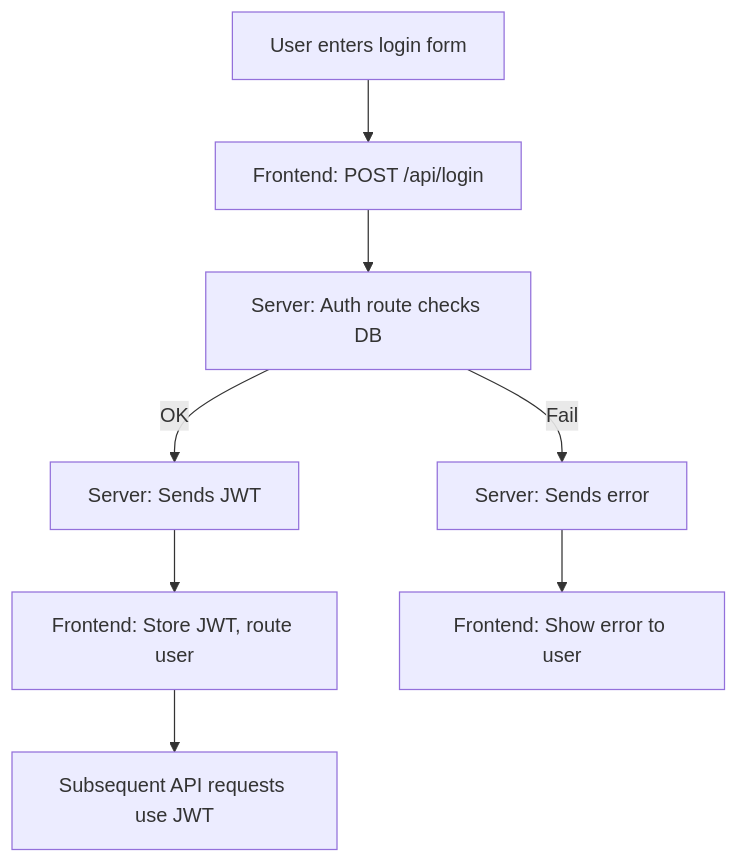
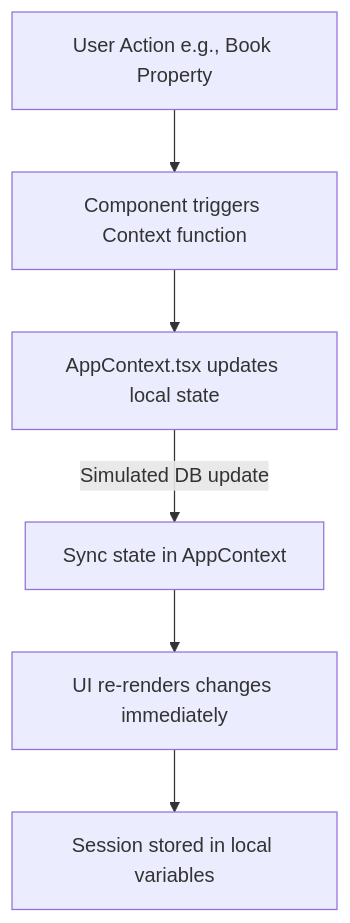
Before and after one commit to abhisek2004/DevFlow-AI: the diagram in .project-docs/LEARN.md, drawn with Mermaid. The commit also changed other lines of this file and 9 other files, not shown here.

Commit message:
feat: add comprehensive project documentation directory with setup, support, roadmap, and architecture guides

````diff
--- a/.project-docs/LEARN.md
+++ b/.project-docs/LEARN.md
@@ -90,10 +67,8 @@
 ```mermaid
 flowchart TD
-    A[User enters login form] --> B[Frontend: POST /api/login]
-    B --> C[Server: Auth route checks DB]
-    C -->|OK| D[Server: Sends JWT]
-    C -->|Fail| E[Server: Sends error]
-    D --> F[Frontend: Store JWT, route user]
-    E --> G[Frontend: Show error to user]
-    F --> H[Subsequent API requests use JWT]
+    A[User Action e.g., Book Property] --> B[Component triggers Context function]
+    B --> C[AppContext.tsx updates local state]
+    C -->|Simulated DB update| D[Sync state in AppContext]
+    D --> E[UI re-renders changes immediately]
+    E --> F[Session stored in local variables]
 ```
````
